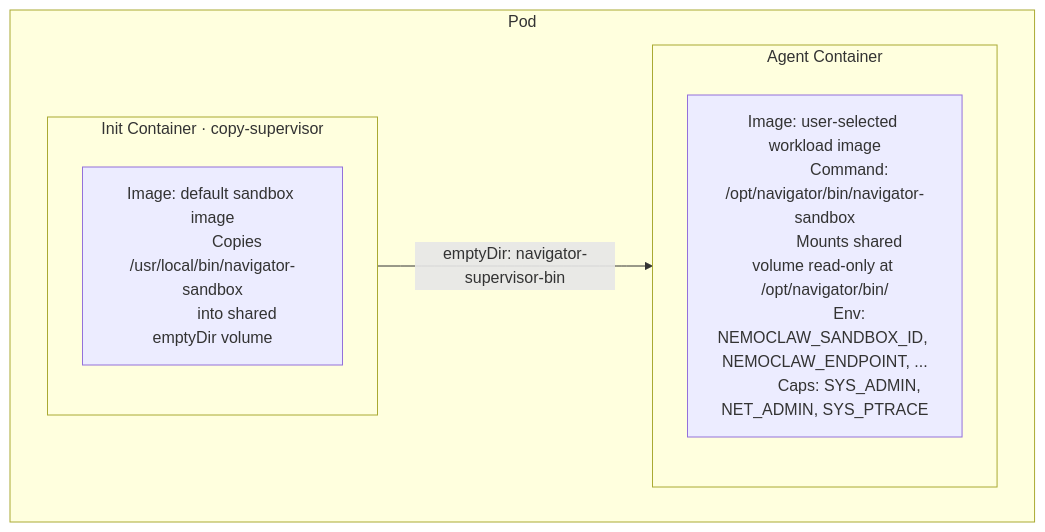
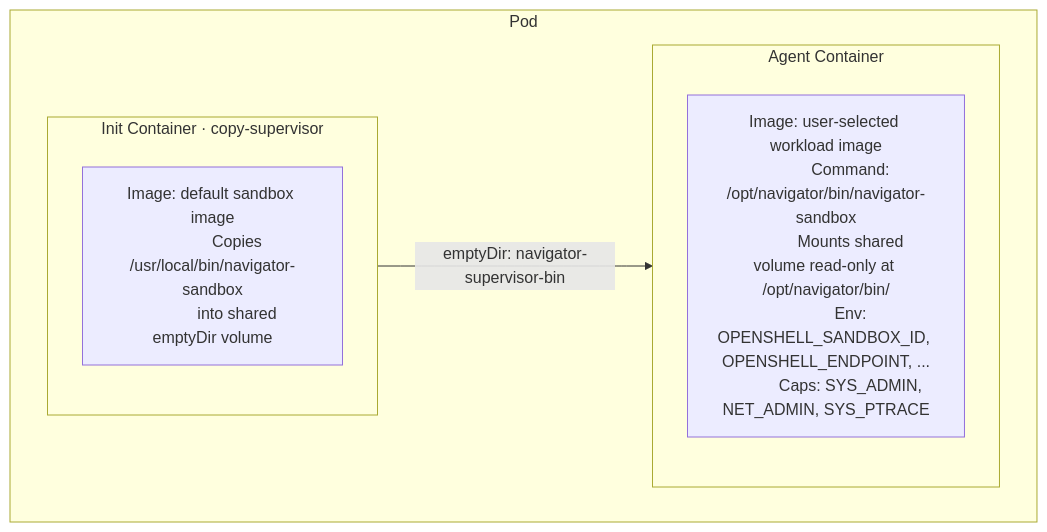
Before and after one commit to NVIDIA/OpenShell: the diagram in architecture/sandbox-custom-containers.md, drawn with Mermaid. The commit also changed other lines of this file and 162 other files, not shown here.

````diff
--- a/architecture/sandbox-custom-containers.md
+++ b/architecture/sandbox-custom-containers.md
@@ -39,20 +39,20 @@
 ```mermaid
 flowchart TB
     subgraph pod["Pod"]
         subgraph init["Init Container · copy-supervisor"]
             init_desc["Image: default sandbox image
             Copies /usr/local/bin/navigator-sandbox
             into shared emptyDir volume"]
         end
 
         init -- "emptyDir: navigator-supervisor-bin" --> agent
 
         subgraph agent["Agent Container"]
             agent_desc["Image: user-selected workload image
             Command: /opt/navigator/bin/navigator-sandbox
             Mounts shared volume read-only at /opt/navigator/bin/
-            Env: NEMOCLAW_SANDBOX_ID, NEMOCLAW_ENDPOINT, ...
+            Env: OPENSHELL_SANDBOX_ID, OPENSHELL_ENDPOINT, ...
             Caps: SYS_ADMIN, NET_ADMIN, SYS_PTRACE"]
         end
     end
 ```
````
